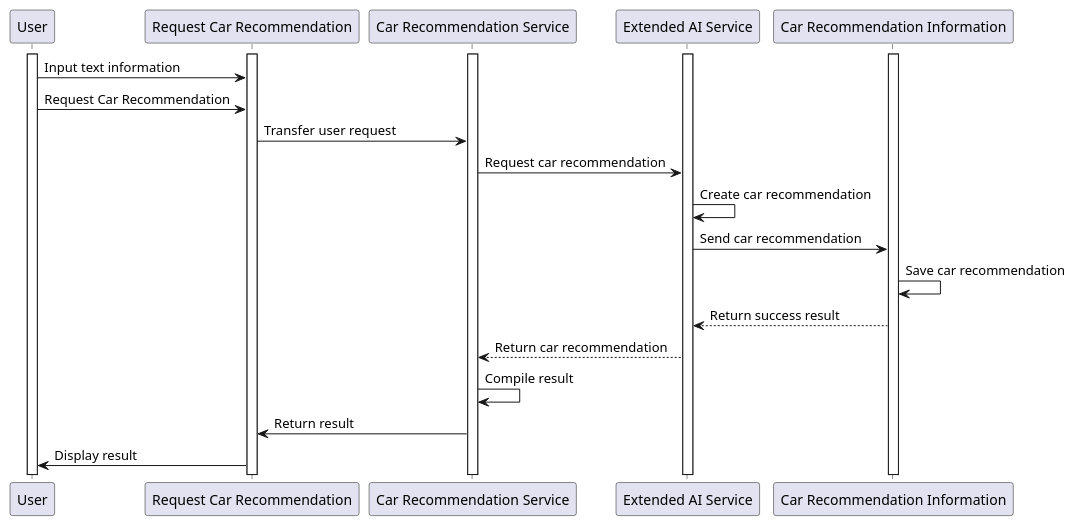
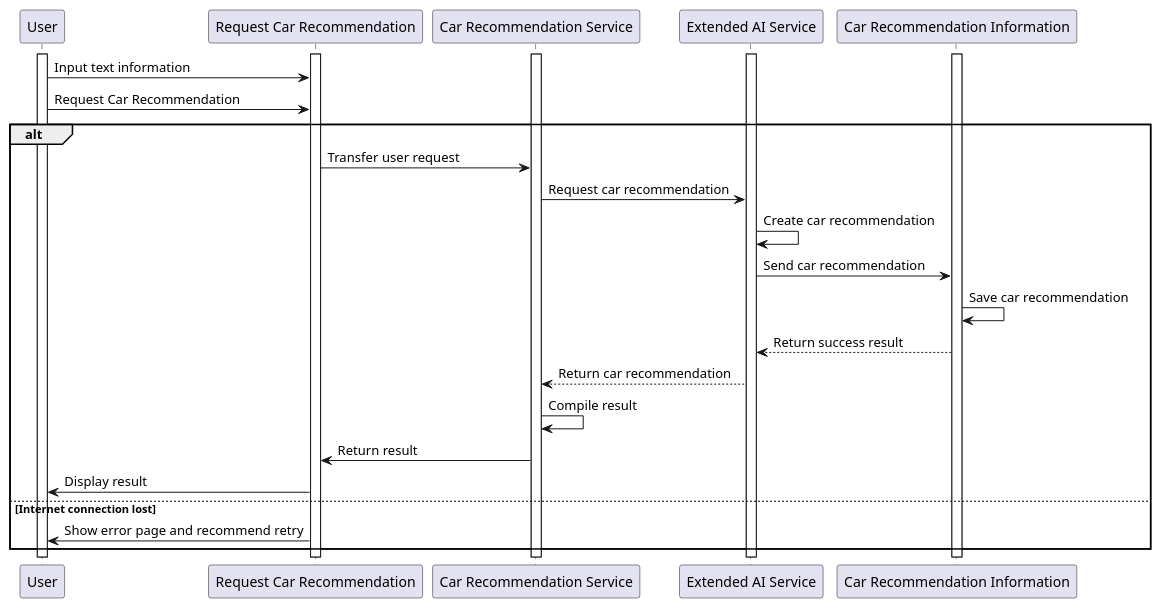
The diagram in PUML/BE6.puml (AhsanM71/SFWRENG-3A04-D1), drawn with PlantUML before and after one commit. The commit also changed 13 other files, not shown here.

Commit message:
updated sequence diagrams

```diff
--- a/PUML/BE6.puml
+++ b/PUML/BE6.puml
@@ -1,27 +1,31 @@
 @startuml be6
 participant User
 participant "Request Car Recommendation"
 participant "Car Recommendation Service"
 participant "Extended AI Service"
 participant "Car Recommendation Information"
 
 activate User
 activate "Request Car Recommendation"
 activate "Car Recommendation Service"
 activate "Extended AI Service"
 activate "Car Recommendation Information"
 
 User -> "Request Car Recommendation": Input text information
 User -> "Request Car Recommendation": Request Car Recommendation
-"Request Car Recommendation" -> "Car Recommendation Service": Transfer user request
-"Car Recommendation Service" -> "Extended AI Service": Request car recommendation
-"Extended AI Service" -> "Extended AI Service": Create car recommendation
-"Extended AI Service" -> "Car Recommendation Information": Send car recommendation
-"Car Recommendation Information" -> "Car Recommendation Information": Save car recommendation
-"Car Recommendation Information" --> "Extended AI Service": Return success result
-"Car Recommendation Service" <-- "Extended AI Service": Return car recommendation
-"Car Recommendation Service" -> "Car Recommendation Service": Compile result
-"Car Recommendation Service" -> "Request Car Recommendation": Return result
-"Request Car Recommendation" -> User: Display result
+alt
+  "Request Car Recommendation" -> "Car Recommendation Service": Transfer user request
+  "Car Recommendation Service" -> "Extended AI Service": Request car recommendation
+  "Extended AI Service" -> "Extended AI Service": Create car recommendation
+  "Extended AI Service" -> "Car Recommendation Information": Send car recommendation
+  "Car Recommendation Information" -> "Car Recommendation Information": Save car recommendation
+  "Car Recommendation Information" --> "Extended AI Service": Return success result
+  "Car Recommendation Service" <-- "Extended AI Service": Return car recommendation
+  "Car Recommendation Service" -> "Car Recommendation Service": Compile result
+  "Car Recommendation Service" -> "Request Car Recommendation": Return result
+  "Request Car Recommendation" -> User: Display result
+else Internet connection lost
+    "Request Car Recommendation" -> User: Show error page and recommend retry
+end
 
 @enduml
```
